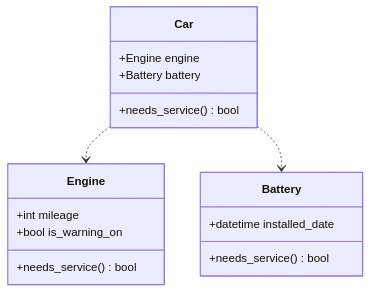
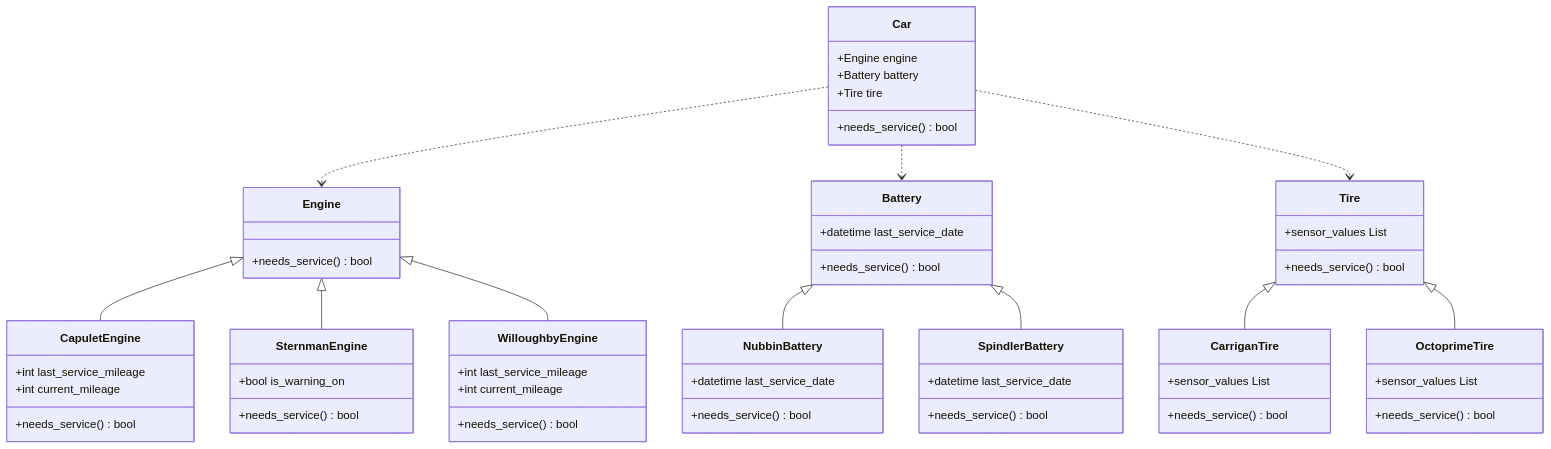
One commit to Aveline-art/forage-lyft-starter-repo changed the diagram in uml-diagram.md. Above: the diagram before and after it, drawn with Mermaid. The commit also changed other lines of this file and 10 other files, not shown here.

````diff
--- a/uml-diagram.md
+++ b/uml-diagram.md
@@ -1,19 +1,60 @@
 ```mermaid
 classDiagram
     Car ..> Engine
     Car ..> Battery
+    Car ..> Tire
+    Engine <|-- CapuletEngine
+    Engine <|-- SternmanEngine
+    Engine <|-- WilloughbyEngine
+    Battery <|-- NubbinBattery
+    Battery <|-- SpindlerBattery
+    Tire <|-- CarriganTire
+    Tire <|-- OctoprimeTire
     class Car{
-        +Engine engine
-        +Battery battery
-        +needs_service() bool
+      +Engine engine
+      +Battery battery
+      +Tire tire
+      +needs_service() bool
     }
     class Engine{
-        +int mileage
-        +bool is_warning_on
-        +needs_service() bool
+      +needs_service() bool
+    }
+    class CapuletEngine~Engine~{
+      +int last_service_mileage
+      +int current_mileage
+      +needs_service() bool
+    }
+    class SternmanEngine~Engine~{
+      +bool is_warning_on
+      +needs_service() bool
+    }
+    class WilloughbyEngine~Engine~{
+      +int last_service_mileage
+      +int current_mileage
+      +needs_service() bool
     }
     class Battery{
-        +datetime installed_date
-        +needs_service() bool
+      +datetime last_service_date
+      +needs_service() bool
+    }
+    class NubbinBattery~Battery~{
+      +datetime last_service_date
+      +needs_service() bool
+    }
+    class SpindlerBattery~Battery~{
+      +datetime last_service_date
+      +needs_service() bool
+    }
+    class Tire{
+      +sensor_values List<int>
+      +needs_service() bool
+    }
+    class CarriganTire~Tire~{
+      +sensor_values List<int>
+      +needs_service() bool
+    }
+    class OctoprimeTire~Tire~{
+      +sensor_values List<int>
+      +needs_service() bool
     }
 ```
````
